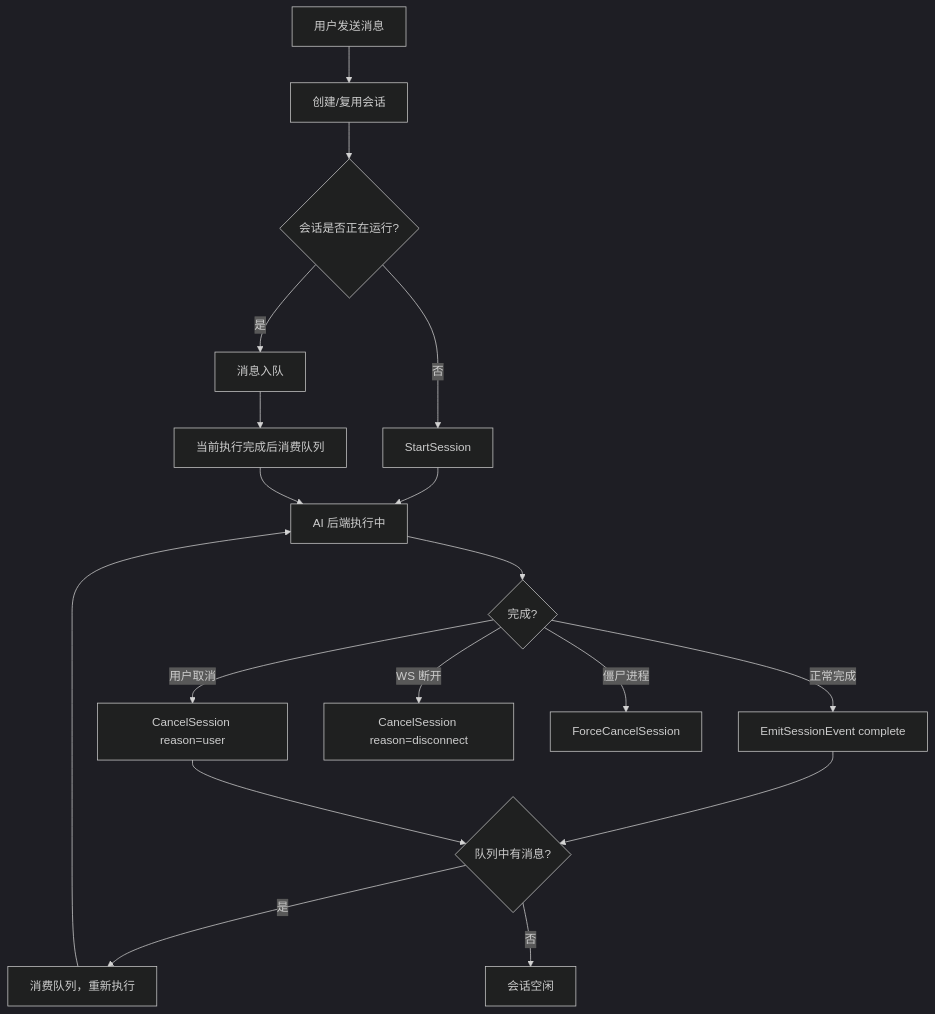
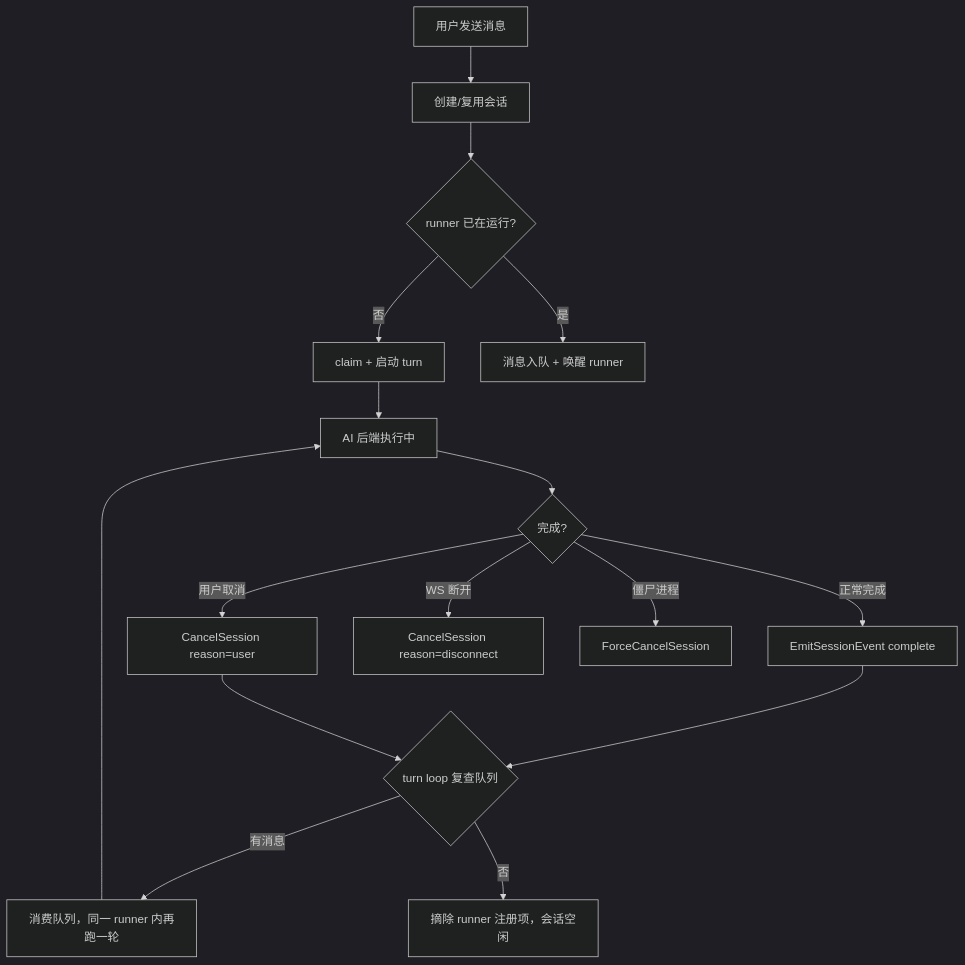
The first of 4 diagrams in docs/spec/core/session-lifecycle.md (clawbench-dev/clawbench), drawn with Mermaid (dark theme) before and after one commit. The commit also changed other lines of this file and 17 other files, not shown here.

````diff
--- a/docs/spec/core/session-lifecycle.md
+++ b/docs/spec/core/session-lifecycle.md
@@ -29,20 +29,18 @@
 ```mermaid
 flowchart TD
     A[用户发送消息] --> B[创建/复用会话]
-    B --> C{会话是否正在运行?}
-    C -->|否| D[StartSession]
-    C -->|是| E[消息入队]
+    B --> C{runner 已在运行?}
+    C -->|否| D[claim + 启动 turn]
+    C -->|是| E[消息入队 + 唤醒 runner]
     D --> F[AI 后端执行中]
     F --> G{完成?}
     G -->|正常完成| H[EmitSessionEvent complete]
     G -->|用户取消| I[CancelSession reason=user]
     G -->|WS 断开| J[CancelSession reason=disconnect]
     G -->|僵尸进程| K[ForceCancelSession]
-    H --> L{队列中有消息?}
+    H --> L{turn loop 复查队列}
     I --> L
-    L -->|是| M[消费队列，重新执行]
-    L -->|否| N[会话空闲]
+    L -->|有消息| M[消费队列，同一 runner 内再跑一轮]
+    L -->|否| N[摘除 runner 注册项，会话空闲]
     M --> F
-    E --> F2[当前执行完成后消费队列]
-    F2 --> F
 ```
````
